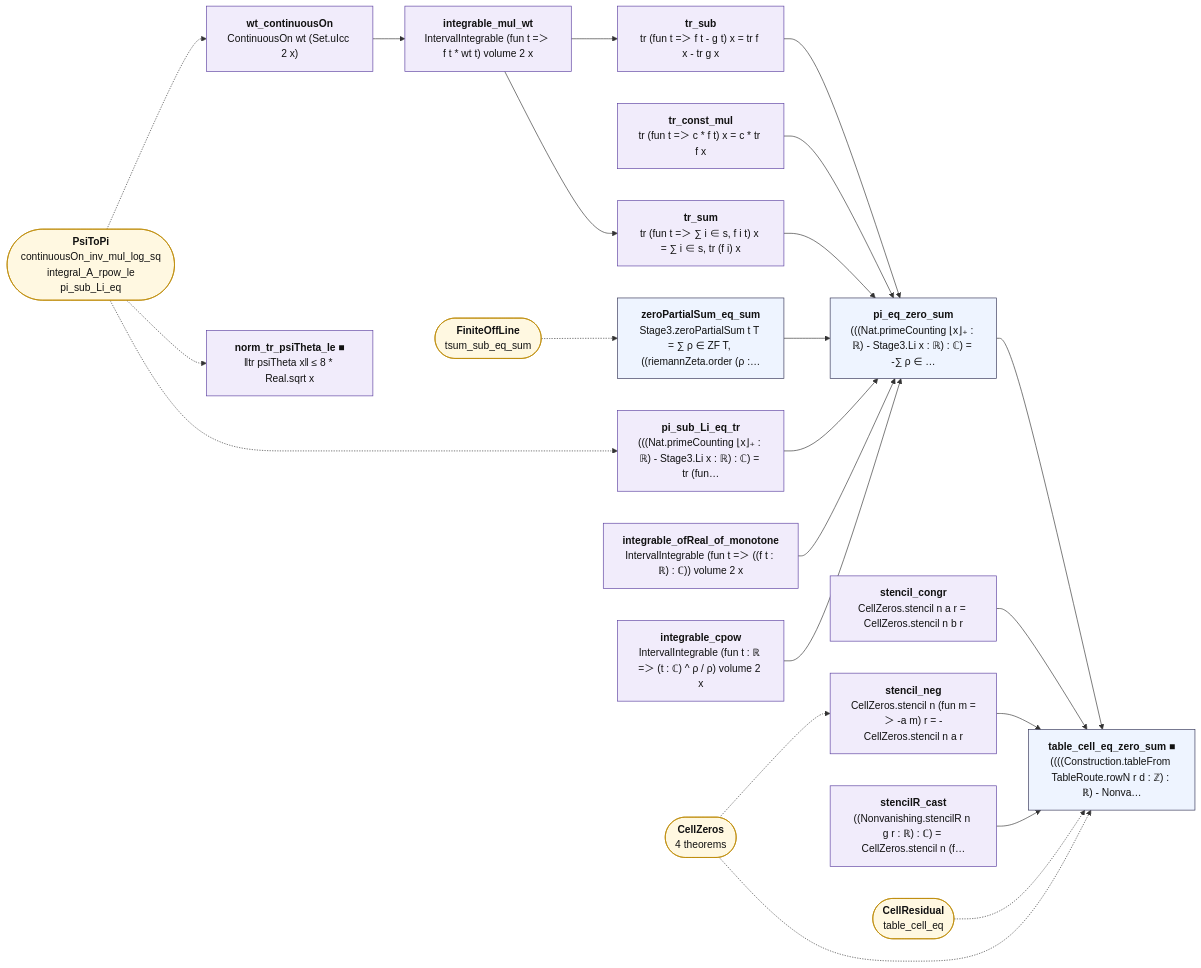
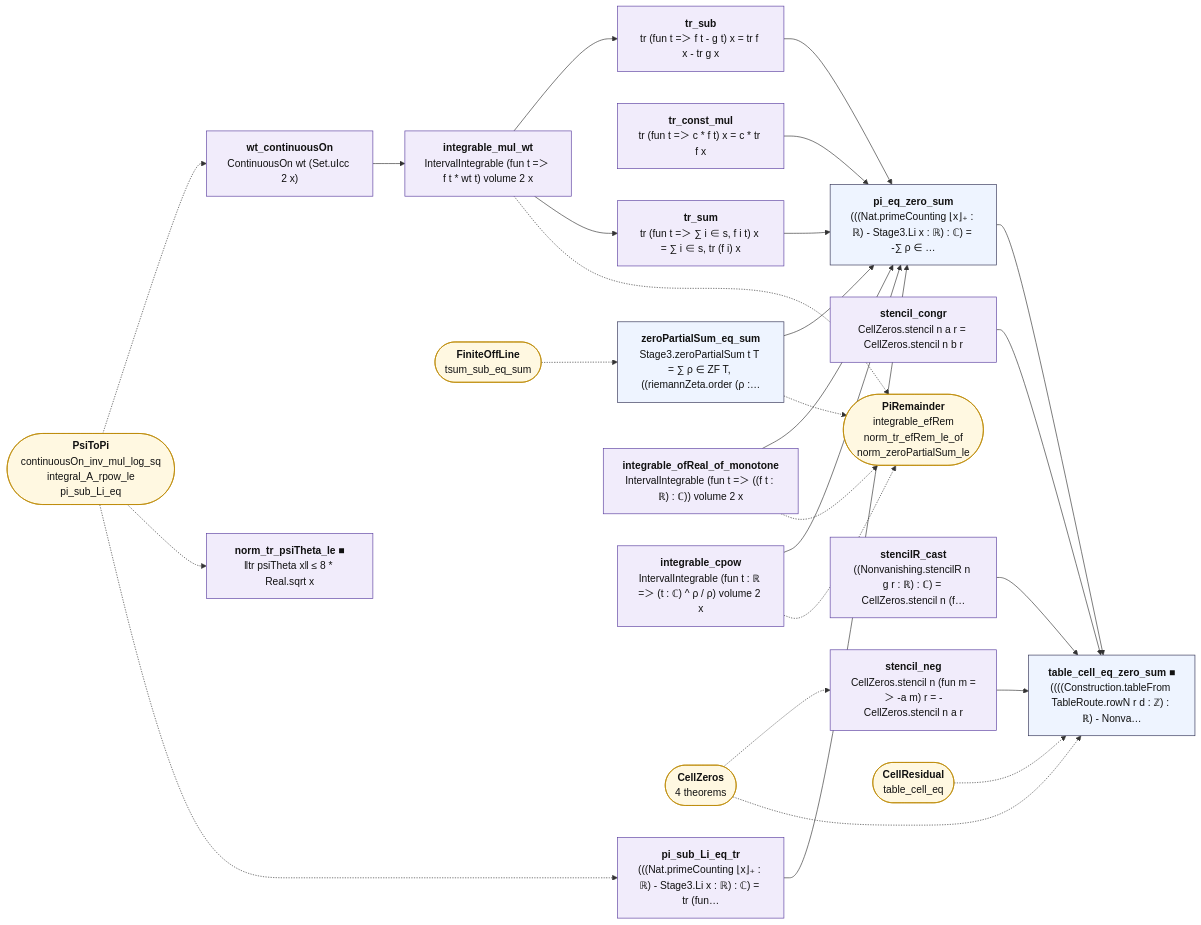
One commit to juliansambranojr/Primebeat_081426 changed the diagram in map/lean_stage3/PiZeros.mmd. Above: the diagram before and after it, drawn with Mermaid. The commit also changed 35 other files, not shown here.

```diff
--- a/map/lean_stage3/PiZeros.mmd
+++ b/map/lean_stage3/PiZeros.mmd
@@ -1,49 +1,54 @@
 flowchart LR
   n0["<b>wt_continuousOn</b><br/>ContinuousOn wt (Set.uIcc 2 x)"]:::shp
   n1["<b>integrable_mul_wt</b><br/>IntervalIntegrable (fun t =＞ f t * wt t) volume 2 x"]:::shp
   n2["<b>tr_sub</b><br/>tr (fun t =＞ f t - g t) x = tr f x - tr g x"]:::shp
   n3["<b>tr_const_mul</b><br/>tr (fun t =＞ c * f t) x = c * tr f x"]:::shp
   n4["<b>tr_sum</b><br/>tr (fun t =＞ ∑ i ∈ s, f i t) x = ∑ i ∈ s, tr (f i) x"]:::shp
   n5["<b>pi_sub_Li_eq_tr</b><br/>(((Nat.primeCounting ⌊x⌋₊ : ℝ) - Stage3.Li x : ℝ) : ℂ) = tr (fun…"]:::shp
   n6["<b>zeroPartialSum_eq_sum</b><br/>Stage3.zeroPartialSum t T = ∑ ρ ∈ ZF T, ((riemannZeta.order (ρ :…"]:::thm
   n7["<b>integrable_ofReal_of_monotone</b><br/>IntervalIntegrable (fun t =＞ ((f t : ℝ) : ℂ)) volume 2 x"]:::shp
   n8["<b>integrable_cpow</b><br/>IntervalIntegrable (fun t : ℝ =＞ (t : ℂ) ^ ρ / ρ) volume 2 x"]:::shp
   n9["<b>pi_eq_zero_sum</b><br/>(((Nat.primeCounting ⌊x⌋₊ : ℝ) - Stage3.Li x : ℝ) : ℂ) = -∑ ρ ∈ …"]:::thm
   n10["<b>norm_tr_psiTheta_le ■</b><br/>‖tr psiTheta x‖ ≤ 8 * Real.sqrt x"]:::shp
   n11["<b>stencil_congr</b><br/>CellZeros.stencil n a r = CellZeros.stencil n b r"]:::shp
   n12["<b>stencil_neg</b><br/>CellZeros.stencil n (fun m =＞ -a m) r = -CellZeros.stencil n a r"]:::shp
   n13["<b>stencilR_cast</b><br/>((Nonvanishing.stencilR n g r : ℝ) : ℂ) = CellZeros.stencil n (f…"]:::shp
   n14["<b>table_cell_eq_zero_sum ■</b><br/>((((Construction.tableFrom TableRoute.rowN r d : ℤ) : ℝ) - Nonva…"]:::thm
   x0(["<b>PsiToPi</b><br/>continuousOn_inv_mul_log_sq<br/>integral_A_rpow_le<br/>pi_sub_Li_eq"]):::ext
-  x1(["<b>FiniteOffLine</b><br/>tsum_sub_eq_sum"]):::ext
-  x2(["<b>CellZeros</b><br/>4 theorems"]):::ext
-  x3(["<b>CellResidual</b><br/>table_cell_eq"]):::ext
+  x1(["<b>PiRemainder</b><br/>integrable_efRem<br/>norm_tr_efRem_le_of<br/>norm_zeroPartialSum_le"]):::ext
+  x2(["<b>FiniteOffLine</b><br/>tsum_sub_eq_sum"]):::ext
+  x3(["<b>CellZeros</b><br/>4 theorems"]):::ext
+  x4(["<b>CellResidual</b><br/>table_cell_eq"]):::ext
   n0 --> n1
   n1 --> n2
   n1 --> n4
   n11 --> n14
   n12 --> n14
   n13 --> n14
   n2 --> n9
   n3 --> n9
   n4 --> n9
   n5 --> n9
   n6 --> n9
   n7 --> n9
   n8 --> n9
   n9 --> n14
+  n1 -.-> x1
+  n6 -.-> x1
+  n7 -.-> x1
+  n8 -.-> x1
   x0 -.-> n0
   x0 -.-> n10
   x0 -.-> n5
-  x1 -.-> n6
-  x2 -.-> n12
-  x2 -.-> n14
+  x2 -.-> n6
+  x3 -.-> n12
   x3 -.-> n14
+  x4 -.-> n14
   classDef cnt fill:#dff5ec,stroke:#17694a,color:#111
   classDef shp fill:#f1ecfb,stroke:#5b3fa0,color:#111
   classDef rh fill:#ffe5e5,stroke:#c22,color:#111,stroke-width:2px
   classDef thm fill:#eef4ff,stroke:#335,color:#111
   classDef end_ fill:#e7f7e7,stroke:#2a7,color:#111,stroke-width:2px
   classDef lone fill:#fff,stroke:#999,color:#111,stroke-dasharray:4 3
   classDef bad fill:#ffe5e5,stroke:#c22,color:#111,stroke-width:2px
   classDef ext fill:#fff8e1,stroke:#b80,color:#111
```
